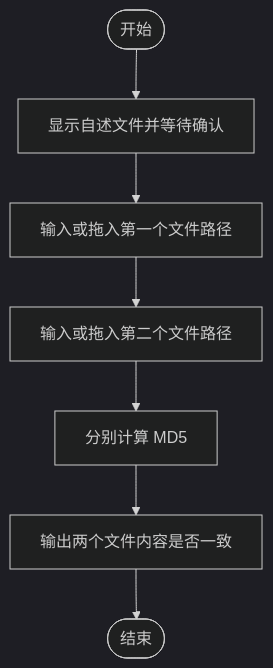
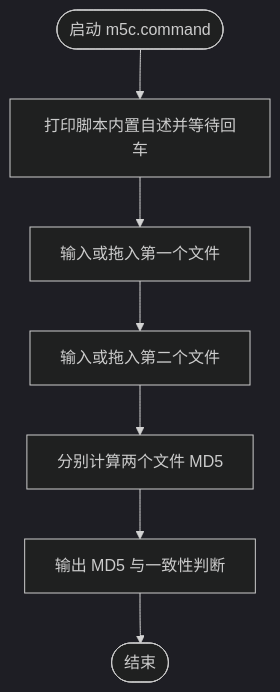
The diagram in scripts/m5c.command/README.md (JobsKits/JobsMacEnvVarConfig), drawn with Mermaid (dark theme) before and after one commit. The commit also changed other lines of this file and 35 other files, not shown here.

````diff
--- a/scripts/m5c.command/README.md
+++ b/scripts/m5c.command/README.md
@@ -40,9 +36,16 @@
 ```mermaid
-graph TD
-    A([开始]) --> B[显示自述文件并等待确认]
-    B --> C[输入或拖入第一个文件路径]
-    C --> D[输入或拖入第二个文件路径]
-    D --> E[分别计算 MD5]
-    E --> F[输出两个文件内容是否一致]
-    F --> Z([结束])
+flowchart TD
+    A([启动 m5c.command])
+    B[打印脚本内置自述并等待回车]
+    A --> B
+    C[输入或拖入第一个文件]
+    B --> C
+    D[输入或拖入第二个文件]
+    C --> D
+    E[分别计算两个文件 MD5]
+    D --> E
+    F[输出 MD5 与一致性判断]
+    E --> F
+    G([结束])
+    F --> G
 ```
````
